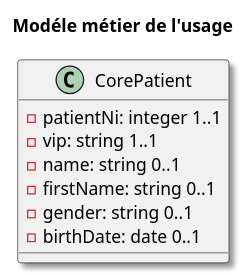
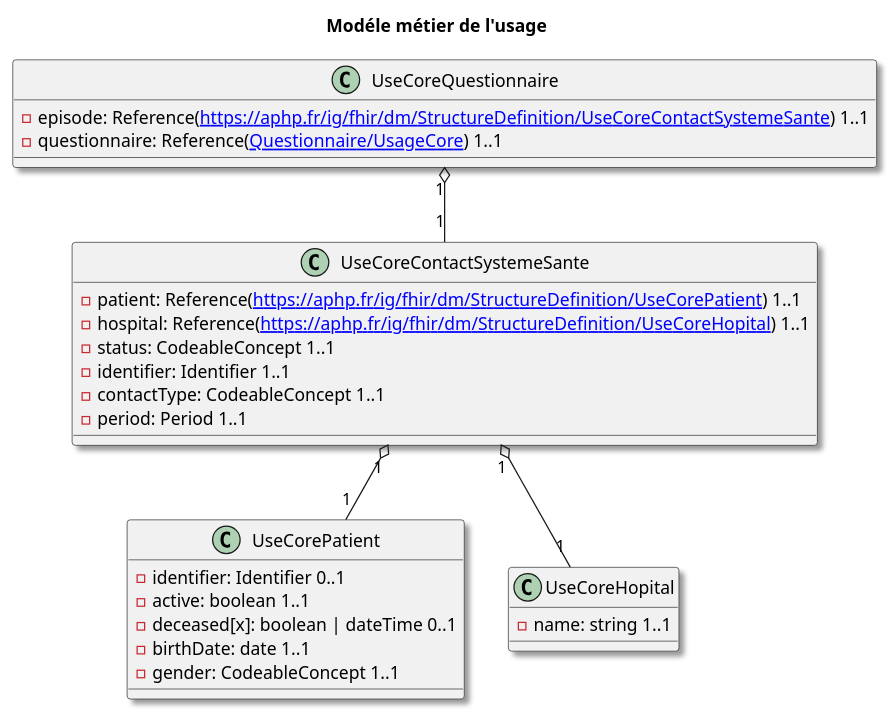
The diagram in input/images-source/core-logical.plantuml (aphp/IG-fhir-dm), drawn with PlantUML before and after one commit. The commit also changed 3 other files, not shown here.

Commit message:
Questionnaire usage et modèle métier

```diff
--- a/input/images-source/core-logical.plantuml
+++ b/input/images-source/core-logical.plantuml
@@ -1,19 +1,42 @@
 @startuml
 
 skinparam Shadowing 1.0
 
 title
 Modéle métier de l'usage
 end title
 
-class CorePatient {
-  - {field} patientNi: integer 1..1
-  - {field} vip: string 1..1
-  - {field} name: string 0..1
-  - {field} firstName: string 0..1
-  - {field} gender: string 0..1
-  - {field} birthDate: date 0..1
+class UseCorePatient {
+  - {field} identifier: Identifier 0..1
+  - {field} active: boolean 1..1
+  - {field} deceased[x]: boolean | dateTime 0..1
+  - {field} birthDate: date 1..1
+  - {field} gender: CodeableConcept 1..1
 }
 
 
+class UseCoreHopital {
+  - {field} name: string 1..1
+}
+
+
+class UseCoreContactSystemeSante {
+  - {field} patient: Reference([[StructureDefinition-UseCorePatient.html https://aphp.fr/ig/fhir/dm/StructureDefinition/UseCorePatient]]) 1..1
+  - {field} hospital: Reference([[StructureDefinition-UseCoreHopital.html https://aphp.fr/ig/fhir/dm/StructureDefinition/UseCoreHopital]]) 1..1
+  - {field} status: CodeableConcept 1..1
+  - {field} identifier: Identifier 1..1
+  - {field} contactType: CodeableConcept 1..1
+  - {field} period: Period 1..1
+}
+
+UseCoreContactSystemeSante "1" o-- "1" UseCorePatient
+UseCoreContactSystemeSante "1" o-- "1" UseCoreHopital
+
+class UseCoreQuestionnaire {
+  - {field} episode: Reference([[StructureDefinition-UseCoreContactSystemeSante.html https://aphp.fr/ig/fhir/dm/StructureDefinition/UseCoreContactSystemeSante]]) 1..1
+  - {field} questionnaire: Reference([[Questionnaire-UsageCore.html Questionnaire/UsageCore]]) 1..1
+}
+
+UseCoreQuestionnaire "1" o-- "1" UseCoreContactSystemeSante
+
 @enduml
```
